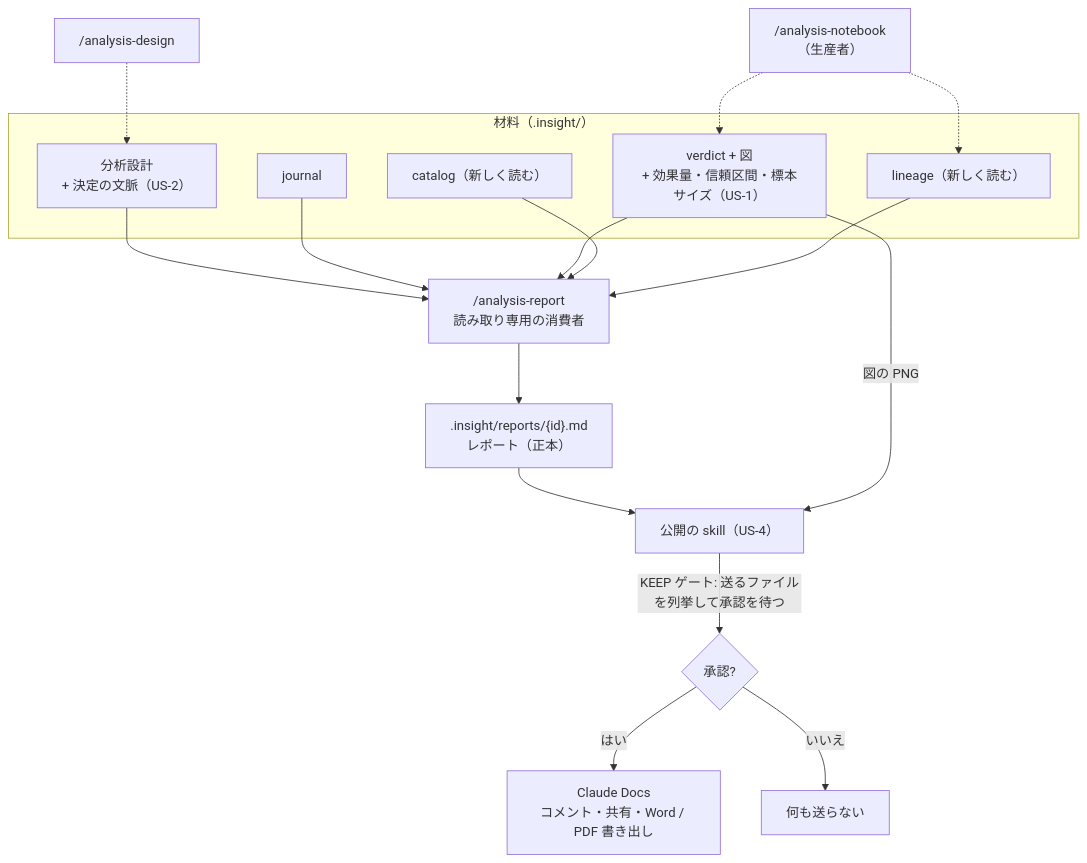
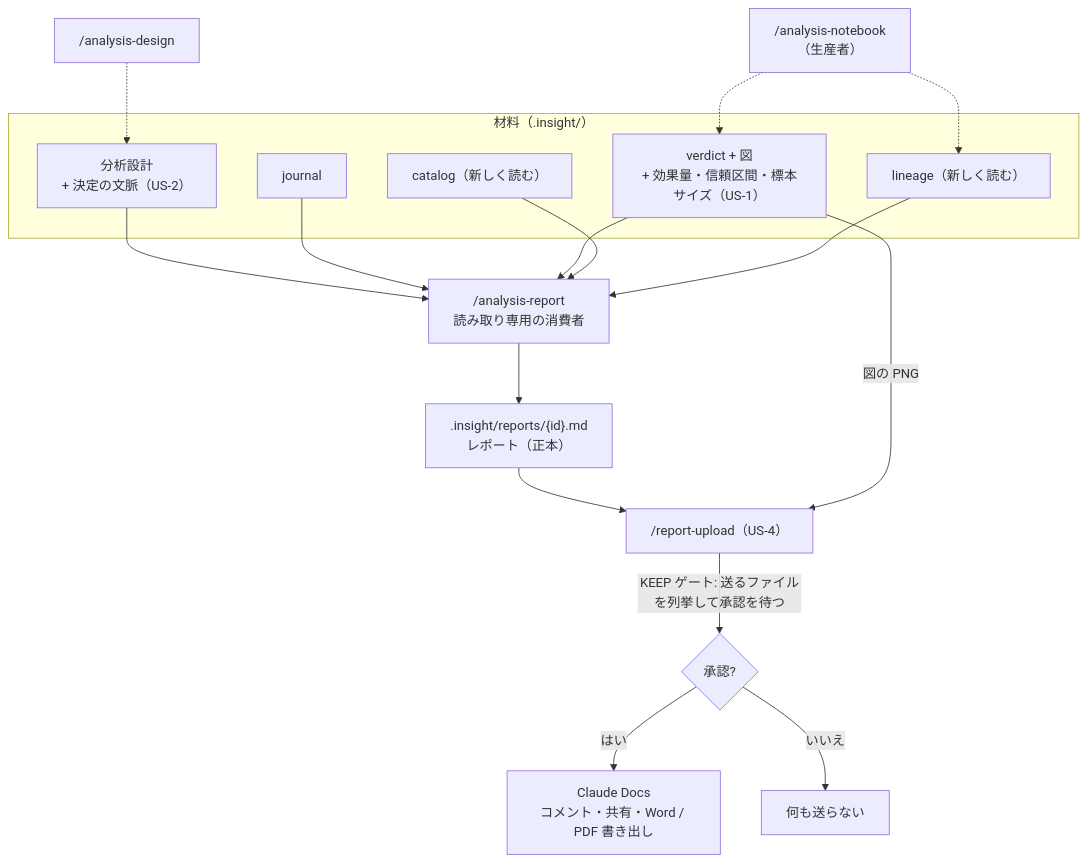
Before and after one commit to etoyama/insight-blueprint-skills: the first of 4 diagrams in docs/design/epic-12-decision-ready-report.md, drawn with Mermaid. The commit also changed other lines of this file and 1 other file, not shown here.

Commit message:
docs(#62): skill の名前を /report-upload に決め、US-4 の Story を反映する

````diff
--- a/docs/design/epic-12-decision-ready-report.md
+++ b/docs/design/epic-12-decision-ready-report.md
@@ -125,24 +123,24 @@
 ```mermaid
 flowchart TD
     subgraph SRC["材料（.insight/）"]
         D["分析設計<br/>+ 決定の文脈（US-2）"]
         J["journal"]
         V["verdict + 図<br/>+ 効果量・信頼区間・標本サイズ（US-1）"]
         C["catalog（新しく読む）"]
         L["lineage（新しく読む）"]
     end
     NB["/analysis-notebook<br/>（生産者）"] -.-> V
     NB -.-> L
     AD["/analysis-design"] -.-> D
     D --> R["/analysis-report<br/>読み取り専用の消費者"]
     J --> R
     V --> R
     C --> R
     L --> R
     R --> MD[".insight/reports/{id}.md<br/>レポート（正本）"]
-    MD --> P["公開の skill（US-4）"]
+    MD --> P["/report-upload（US-4）"]
     V -->|図の PNG| P
     P -->|KEEP ゲート: 送るファイルを列挙して承認を待つ| G{"承認?"}
     G -->|はい| DOCS["Claude Docs<br/>コメント・共有・Word / PDF 書き出し"]
     G -->|いいえ| END["何も送らない"]
 ```
````
